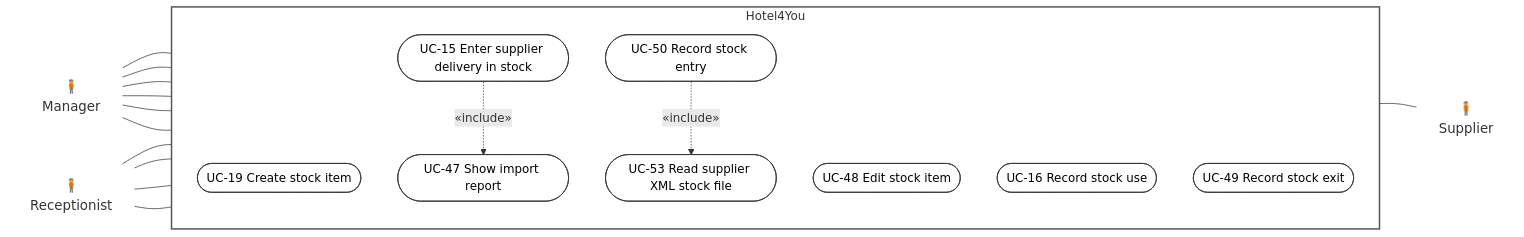
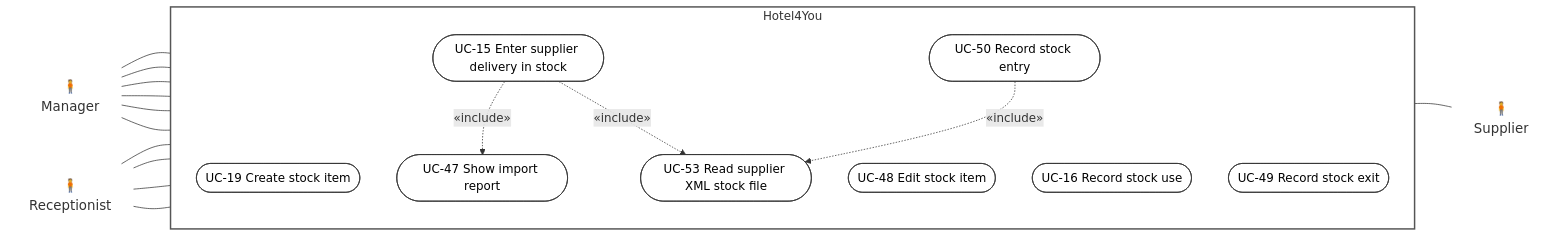
One commit to BorjaTiago/hotel4you changed the seventh of 7 diagrams in docs/uml/use-cases.md. Above: the diagram before and after it, drawn with Mermaid. The commit also changed other lines of this file and 2 other files, not shown here.

````diff
--- a/docs/uml/use-cases.md
+++ b/docs/uml/use-cases.md
@@ -273,41 +273,42 @@
 ```mermaid
 flowchart LR
   %% Requirements: RF-28, RF-29. Decisions: Q-10, Q-17, Q-21, Q-34, Q-38, PR #20 decision (2026-10-21).
   Manager["🧍<br/>Manager"]:::actor
   Receptionist["🧍<br/>Receptionist"]:::actor
 
   subgraph Hotel4You["Hotel4You"]
     direction TB
     UC19(["UC-19 Create stock item"]):::uc
     UC48(["UC-48 Edit stock item"]):::uc
     UC15(["UC-15 Enter supplier delivery in stock"]):::uc
     UC47(["UC-47 Show import report"]):::uc
     UC50(["UC-50 Record stock entry"]):::uc
     UC53(["UC-53 Read supplier XML stock file"]):::uc
     UC16(["UC-16 Record stock use"]):::uc
     UC49(["UC-49 Record stock exit"]):::uc
   end
 
   Supplier["🧍<br/>Supplier"]:::actor
 
   Manager --- UC19
   Manager --- UC48
   Manager --- UC15
   Receptionist --- UC15
   Manager --- UC50
   Receptionist --- UC50
   Manager --- UC16
   Receptionist --- UC16
   Manager --- UC49
   Receptionist --- UC49
   UC15 --- Supplier
   UC47 ~~~ Supplier
 
   UC15 -.->|"«include»"| UC47
+  UC15 -.->|"«include»"| UC53
   UC50 -.->|"«include»"| UC53
   UC53 ~~~ Supplier
 
   classDef actor fill:none,stroke:none,font-size:18px
   classDef uc fill:#ffffff,stroke:#333333,color:#000000
   style Hotel4You fill:none,stroke:#555555,stroke-width:2px
 ```
````
